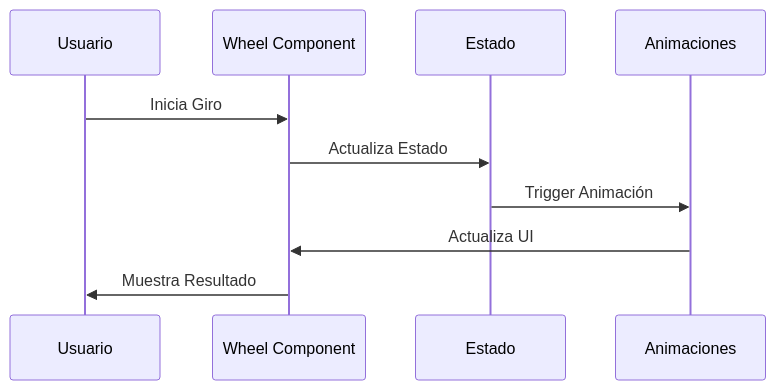
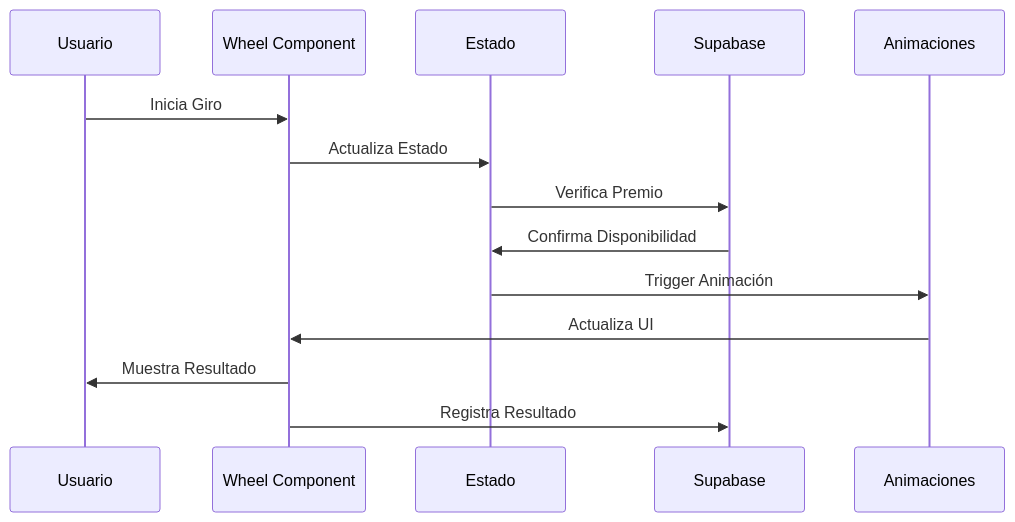
Before and after one commit to SantiagoXOR/ruleta-todo-gratis_react: the fourth of 4 diagrams in docs/ARCHITECTURE.md, drawn with Mermaid. The commit also changed other lines of this file and 25 other files, not shown here.

````diff
--- a/docs/ARCHITECTURE.md
+++ b/docs/ARCHITECTURE.md
@@ -44,13 +103,17 @@
 ```mermaid
 sequenceDiagram
     participant U as Usuario
     participant W as Wheel Component
     participant S as Estado
+    participant D as Supabase
     participant A as Animaciones
 
     U->>W: Inicia Giro
     W->>S: Actualiza Estado
+    S->>D: Verifica Premio
+    D->>S: Confirma Disponibilidad
     S->>A: Trigger Animación
     A->>W: Actualiza UI
     W->>U: Muestra Resultado
+    W->>D: Registra Resultado
 ```
````
